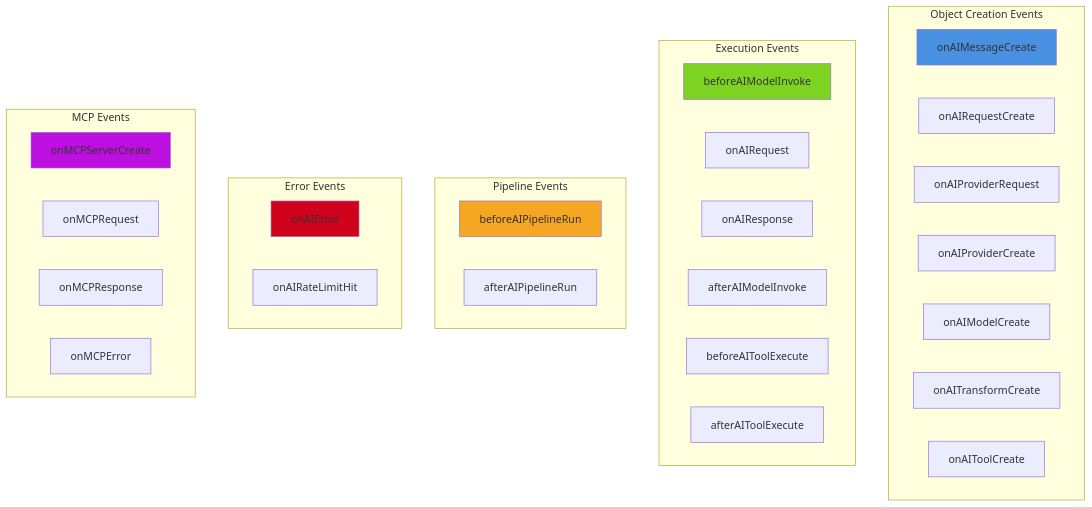
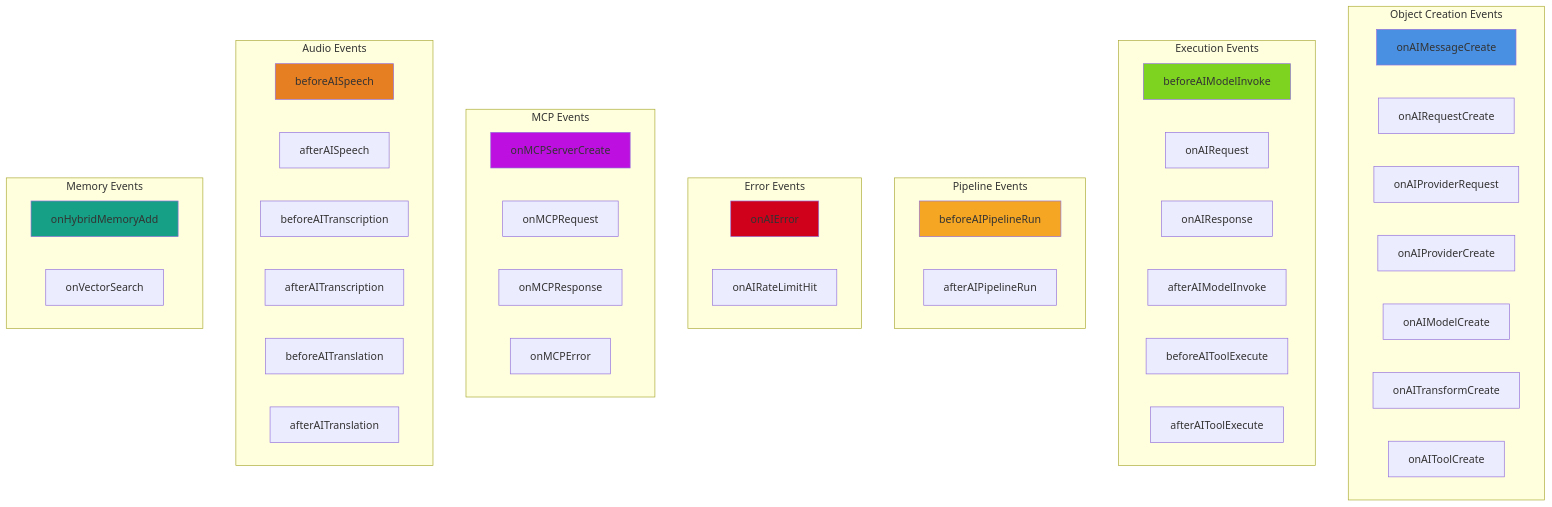
The second of 3 diagrams in advanced/events.md (ortus-boxlang/bx-ai-docs), drawn with Mermaid before and after one commit. The commit also changed other lines of this file and 11 other files, not shown here.

````diff
--- a/advanced/events.md
+++ b/advanced/events.md
@@ -109,44 +117,60 @@
 ```mermaid
 graph TB
     subgraph "Object Creation Events"
         E1[onAIMessageCreate]
         E2[onAIRequestCreate]
         E3[onAIProviderRequest]
         E4[onAIProviderCreate]
         E5[onAIModelCreate]
         E6[onAITransformCreate]
         E7[onAIToolCreate]
     end
 
     subgraph "Execution Events"
         E8[beforeAIModelInvoke]
         E9[onAIRequest]
         E10[onAIResponse]
         E11[afterAIModelInvoke]
         E12[beforeAIToolExecute]
         E13[afterAIToolExecute]
     end
 
     subgraph "Pipeline Events"
         E14[beforeAIPipelineRun]
         E15[afterAIPipelineRun]
     end
 
     subgraph "Error Events"
         E16[onAIError]
         E17[onAIRateLimitHit]
     end
 
     subgraph "MCP Events"
         E18[onMCPServerCreate]
         E19[onMCPRequest]
         E20[onMCPResponse]
         E21[onMCPError]
     end
 
+    subgraph "Audio Events"
+        E22[beforeAISpeech]
+        E23[afterAISpeech]
+        E24[beforeAITranscription]
+        E25[afterAITranscription]
+        E26[beforeAITranslation]
+        E27[afterAITranslation]
+    end
+
+    subgraph "Memory Events"
+        E28[onHybridMemoryAdd]
+        E29[onVectorSearch]
+    end
+
     style E1 fill:#4A90E2
     style E8 fill:#7ED321
     style E14 fill:#F5A623
     style E16 fill:#D0021B
     style E18 fill:#BD10E0
+    style E22 fill:#E67E22
+    style E28 fill:#16A085
 ```
````
